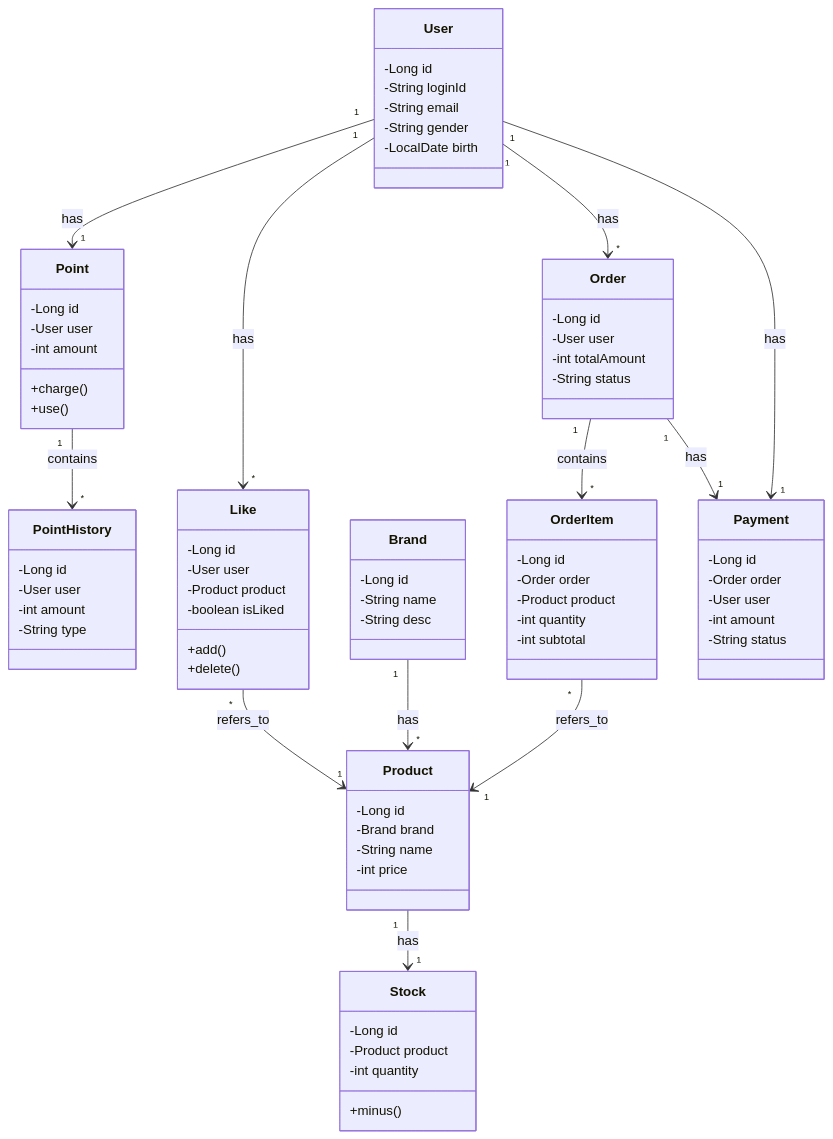
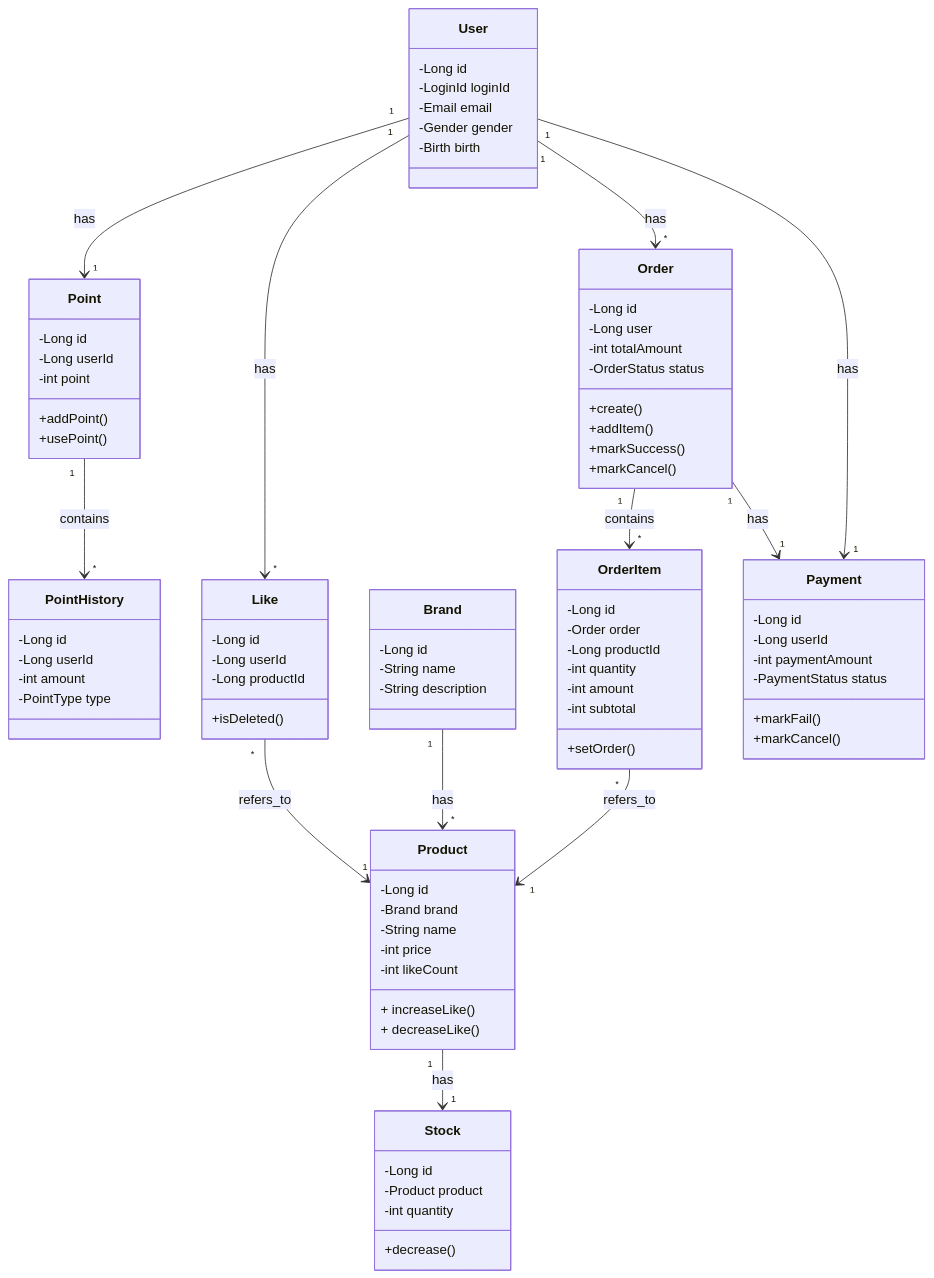
Before and after one commit to hyunn12/e-commerce-project: the diagram in docs/design/03-class-diagrams.md, drawn with Mermaid.

Commit message:
docs: 클래스 다이어그램 현행화

```diff
--- a/docs/design/03-class-diagrams.md
+++ b/docs/design/03-class-diagrams.md
@@ -4,42 +4,40 @@
 classDiagram
     class User {
         -Long id
-        -String loginId
-        -String email
-        -String gender
-        -LocalDate birth
+        -LoginId loginId
+        -Email email
+        -Gender gender
+        -Birth birth
     }
     
     class Point {
         -Long id
-        -User user
-        -int amount
+        -Long userId
+        -int point
         
-        +charge()
-        +use()
+        +addPoint()
+        +usePoint()
     }
     
     class PointHistory {
         -Long id
-        -User user
+        -Long userId
         -int amount
-        -String type
+        -PointType type
     }
     
     class Like {
         -Long id
-        -User user
-        -Product product
-        -boolean isLiked
+        -Long userId
+        -Long productId
         
-        +add()
-        +delete()
+        +isDeleted()
     }
     
     class Brand {
         -Long id
         -String name
-        -String desc
+        -String description
     }
     
     class Product {
@@ -47,6 +45,10 @@
         -Brand brand
         -String name
         -int price
+        -int likeCount
+        
+        + increaseLike()
+        + decreaseLike()
     }
     
     class Stock {
@@ -54,30 +56,40 @@
         -Product product
         -int quantity
         
-        +minus()
+        +decrease()
     }
     
     class Order {
         -Long id
-        -User user
+        -Long user
         -int totalAmount
-        -String status
+        -OrderStatus status
+        
+        +create()
+        +addItem()
+        +markSuccess()
+        +markCancel()
     }
     
     class OrderItem {
         -Long id
         -Order order
-        -Product product
+        -Long productId
         -int quantity
+        -int amount
         -int subtotal
+        
+        +setOrder()
     }
     
     class Payment {
         -Long id
-        -Order order
-        -User user
-        -int amount
-        -String status
+        -Long userId
+        -int paymentAmount
+        -PaymentStatus status
+        
+        +markFail()
+        +markCancel()
     }
     
     %% 관계
```
